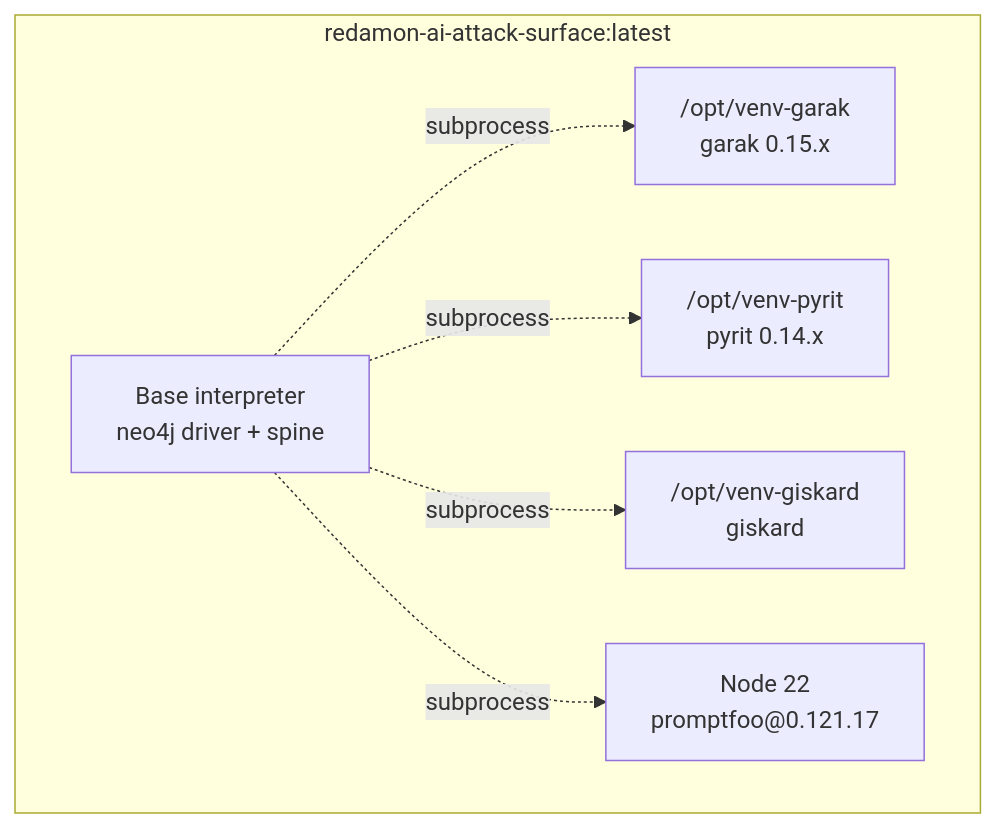
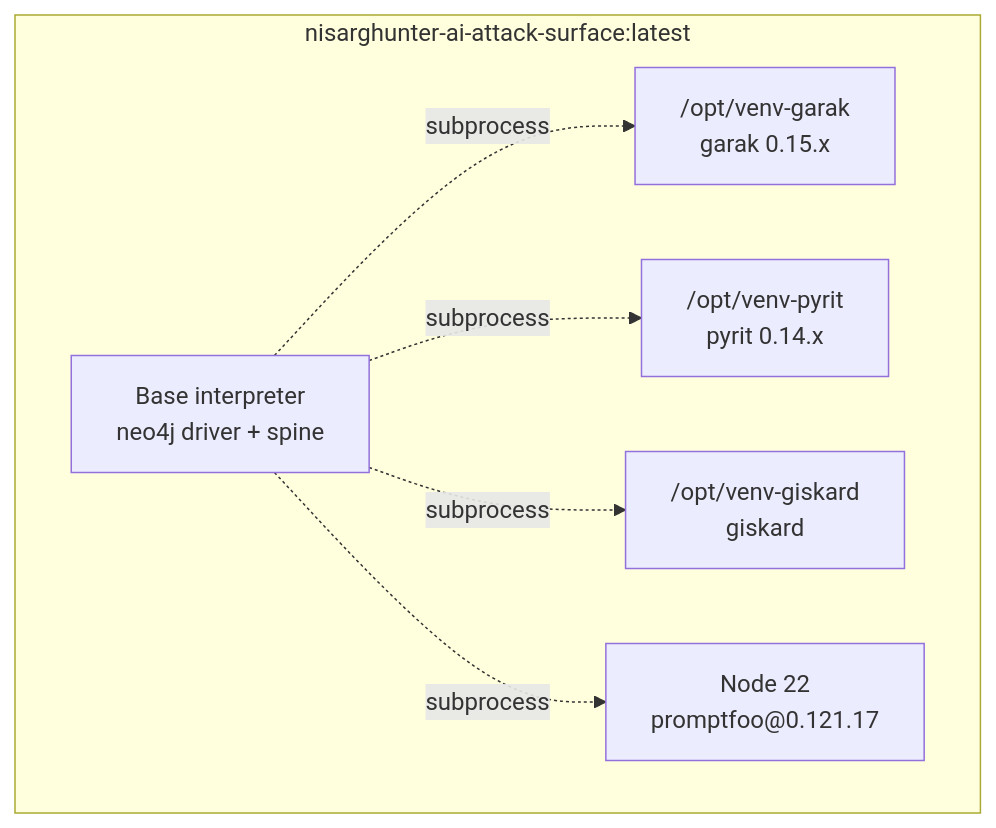
One commit to NisargDedakiya/DNM-hunter changed the third of 13 diagrams in readmes/AI_GAUNTLET_TECH_DOC.md. Above: the diagram before and after it, drawn with Mermaid. The commit also changed other lines of this file and 389 other files, not shown here.

First line of the commit message:
Rebrand RedAmon to NisargHunter AI (Phase 00 of v2.0 roadmap)

````diff
--- a/readmes/AI_GAUNTLET_TECH_DOC.md
+++ b/readmes/AI_GAUNTLET_TECH_DOC.md
@@ -269,15 +269,15 @@
 ```mermaid
 graph TD
     BASE["Base interpreter<br/>neo4j driver + spine"]
-    subgraph Image["redamon-ai-attack-surface:latest"]
+    subgraph Image["nisarghunter-ai-attack-surface:latest"]
         BASE
         VG["/opt/venv-garak<br/>garak 0.15.x"]
         VP["/opt/venv-pyrit<br/>pyrit 0.14.x"]
         VK["/opt/venv-giskard<br/>giskard"]
         NODE["Node 22<br/>promptfoo@0.121.17"]
     end
     BASE -.subprocess.-> VG
     BASE -.subprocess.-> VP
     BASE -.subprocess.-> VK
     BASE -.subprocess.-> NODE
 ```
````
